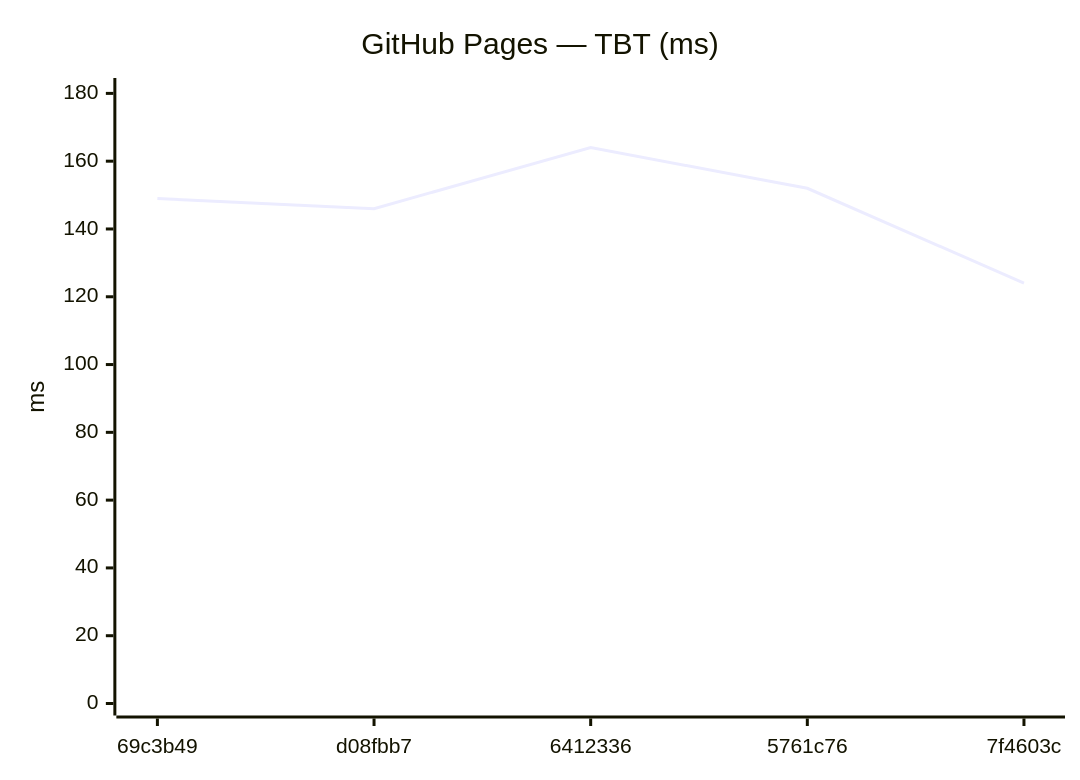
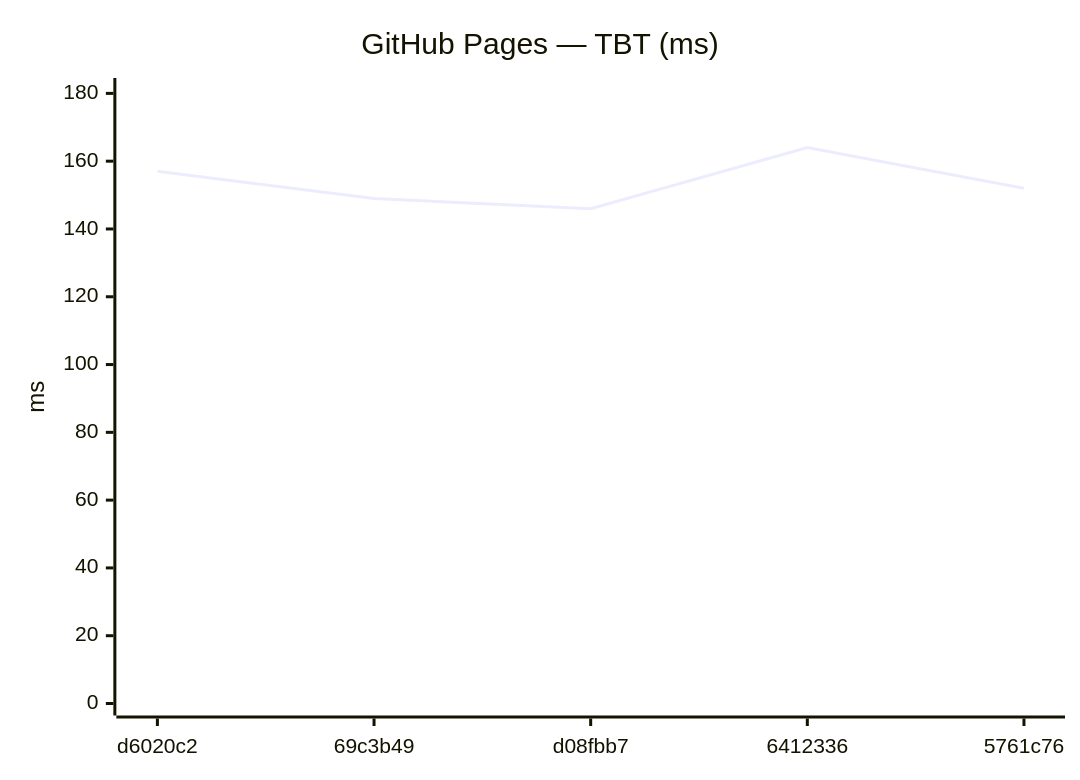
Before and after one commit to Metaheurist/Rianell: the tenth of 18 diagrams in benchmarks/compare.md, drawn with Mermaid. The commit also changed other lines of this file and 11 other files, not shown here.

````diff
--- a/benchmarks/compare.md
+++ b/benchmarks/compare.md
@@ -149,7 +149,7 @@
 ```mermaid
 xychart-beta
     title "GitHub Pages — TBT (ms)"
-    x-axis ["69c3b49", "d08fbb7", "6412336", "5761c76", "7f4603c"]
+    x-axis ["d6020c2", "69c3b49", "d08fbb7", "6412336", "5761c76"]
     y-axis "ms" 0 --> 181
-    line [149, 146, 164, 152, 124]
+    line [157, 149, 146, 164, 152]
 ```
````
